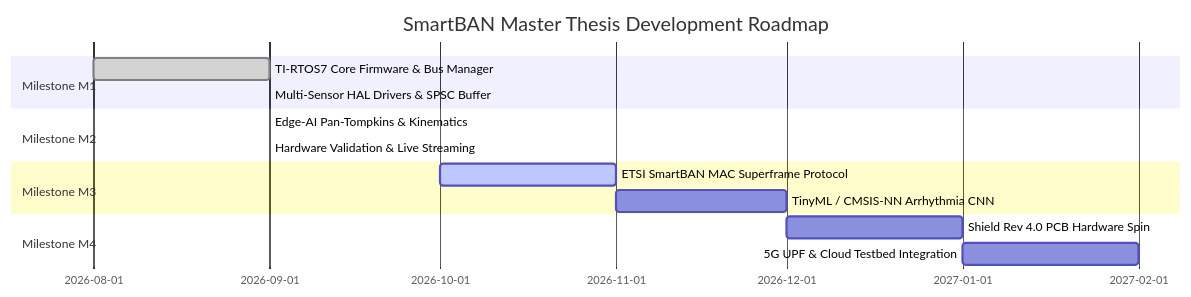
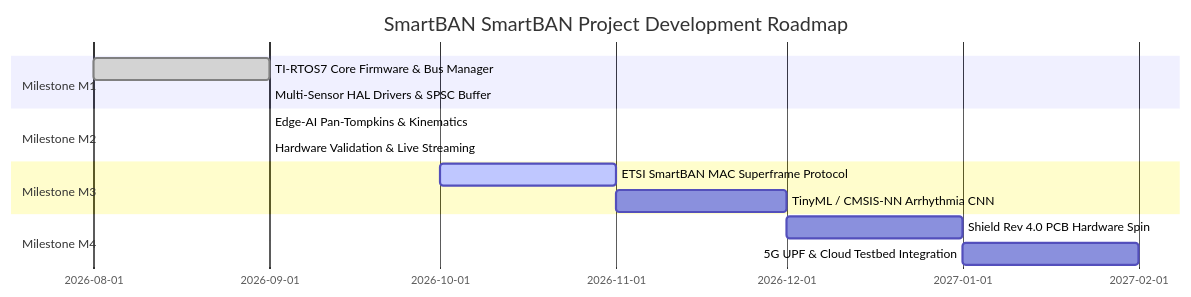
The second of 2 diagrams in 01_final_firmware_v12_stable/THESIS_ROADMAP.md (hjafari890/smartban-firmware), drawn with Mermaid before and after one commit. The commit also changed other lines of this file and 41 other files, not shown here.

````diff
--- a/01_final_firmware_v12_stable/THESIS_ROADMAP.md
+++ b/01_final_firmware_v12_stable/THESIS_ROADMAP.md
@@ -134,17 +134,17 @@
 ```mermaid
 gantt
-    title SmartBAN Master Thesis Development Roadmap
+    title SmartBAN SmartBAN Project Development Roadmap
     dateFormat  YYYY-MM
     section Milestone M1
     TI-RTOS7 Core Firmware & Bus Manager   :done, m1, 2026-08, 2026-09
     Multi-Sensor HAL Drivers & SPSC Buffer :done, m2, 2026-09, 2026-09
     section Milestone M2
     Edge-AI Pan-Tompkins & Kinematics     :done, m3, 2026-09, 2026-09
     Hardware Validation & Live Streaming   :done, m4, 2026-09, 2026-09
     section Milestone M3
     ETSI SmartBAN MAC Superframe Protocol :active, m5, 2026-10, 2026-11
     TinyML / CMSIS-NN Arrhythmia CNN      :m6, 2026-11, 2026-12
     section Milestone M4
     Shield Rev 4.0 PCB Hardware Spin       :m7, 2026-12, 2027-01
     5G UPF & Cloud Testbed Integration    :m8, 2027-01, 2027-02
 ```
````
